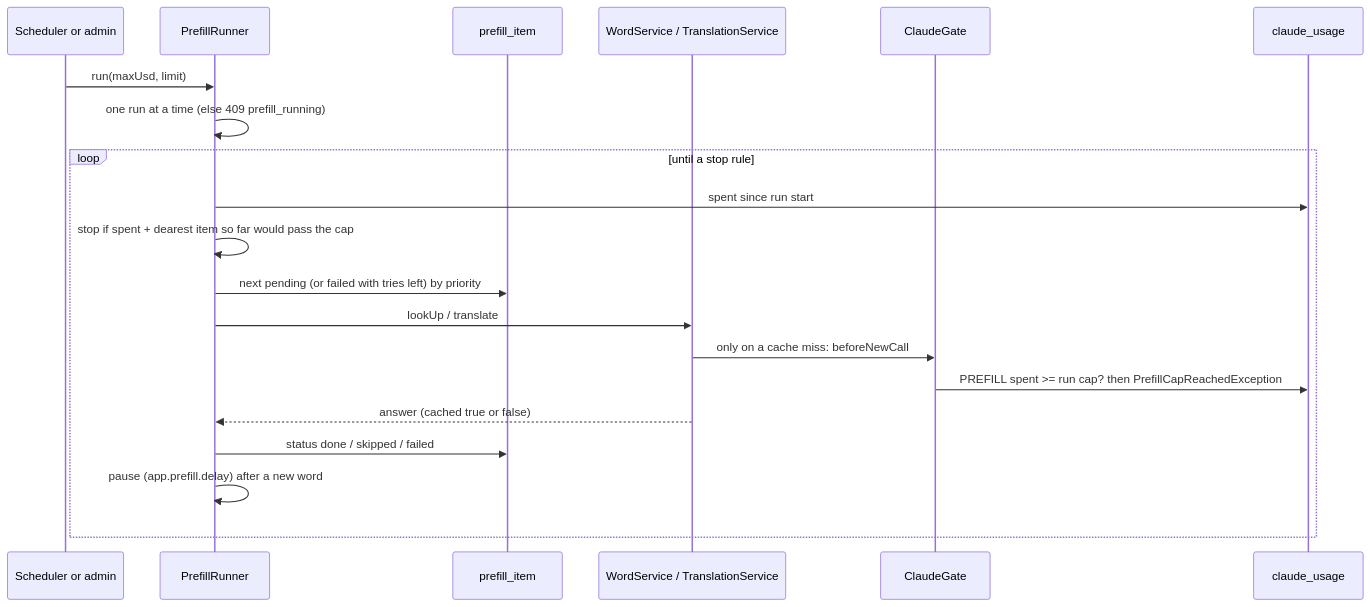
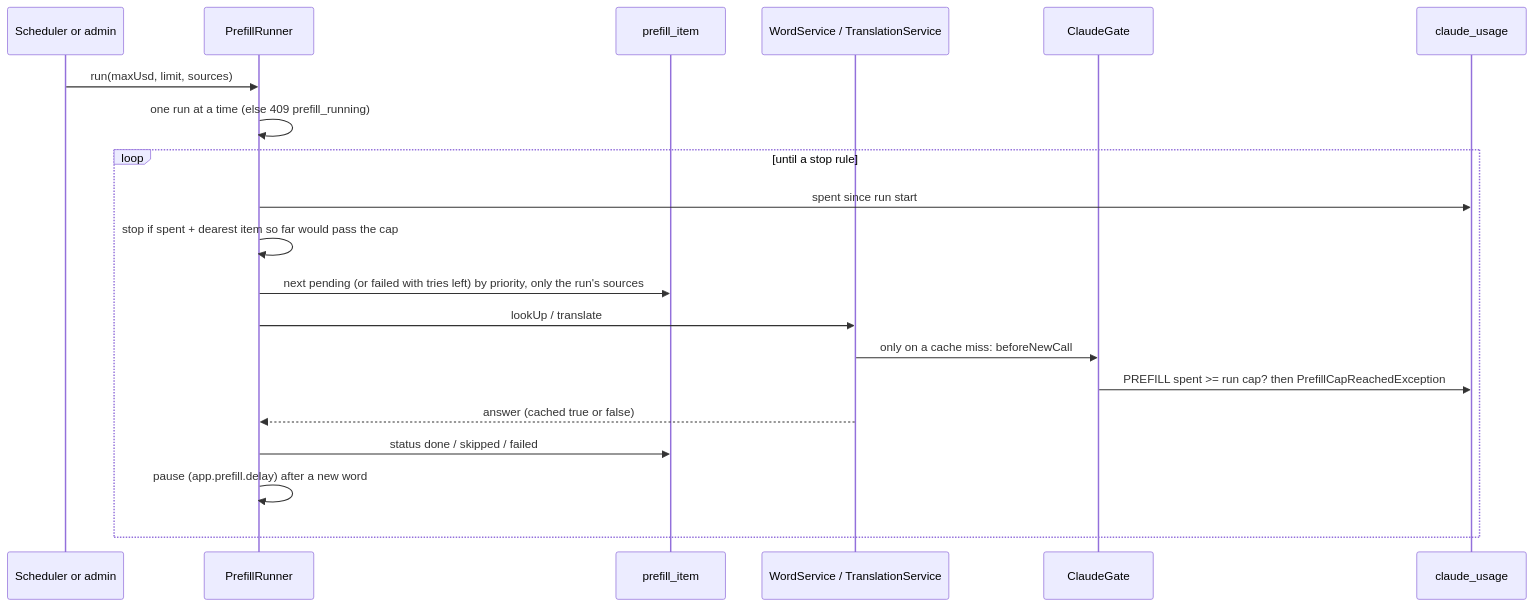
Before and after one commit to tranphuocloc070699/saynata: the second of 4 diagrams in backlog/docs/features/doc-18 - Prefill.md, drawn with Mermaid. The commit also changed other lines of this file and 16 other files, not shown here.

Commit message:
TASK-83.12: night prefill answers only cron-sources; run at once with prefill run / collect --now

````diff
--- a/backlog/docs/features/doc-18 - Prefill.md
+++ b/backlog/docs/features/doc-18 - Prefill.md
@@ -44,22 +45,22 @@
 ```mermaid
 sequenceDiagram
     participant S as Scheduler or admin
     participant R as PrefillRunner
     participant Q as prefill_item
     participant W as WordService / TranslationService
     participant G as ClaudeGate
     participant U as claude_usage
-    S->>R: run(maxUsd, limit)
+    S->>R: run(maxUsd, limit, sources)
     R->>R: one run at a time (else 409 prefill_running)
     loop until a stop rule
         R->>U: spent since run start
         R->>R: stop if spent + dearest item so far would pass the cap
-        R->>Q: next pending (or failed with tries left) by priority
+        R->>Q: next pending (or failed with tries left) by priority, only the run's sources
         R->>W: lookUp / translate
         W->>G: only on a cache miss: beforeNewCall
         G->>U: PREFILL spent >= run cap? then PrefillCapReachedException
         W-->>R: answer (cached true or false)
         R->>Q: status done / skipped / failed
         R->>R: pause (app.prefill.delay) after a new word
     end
 ```
````
